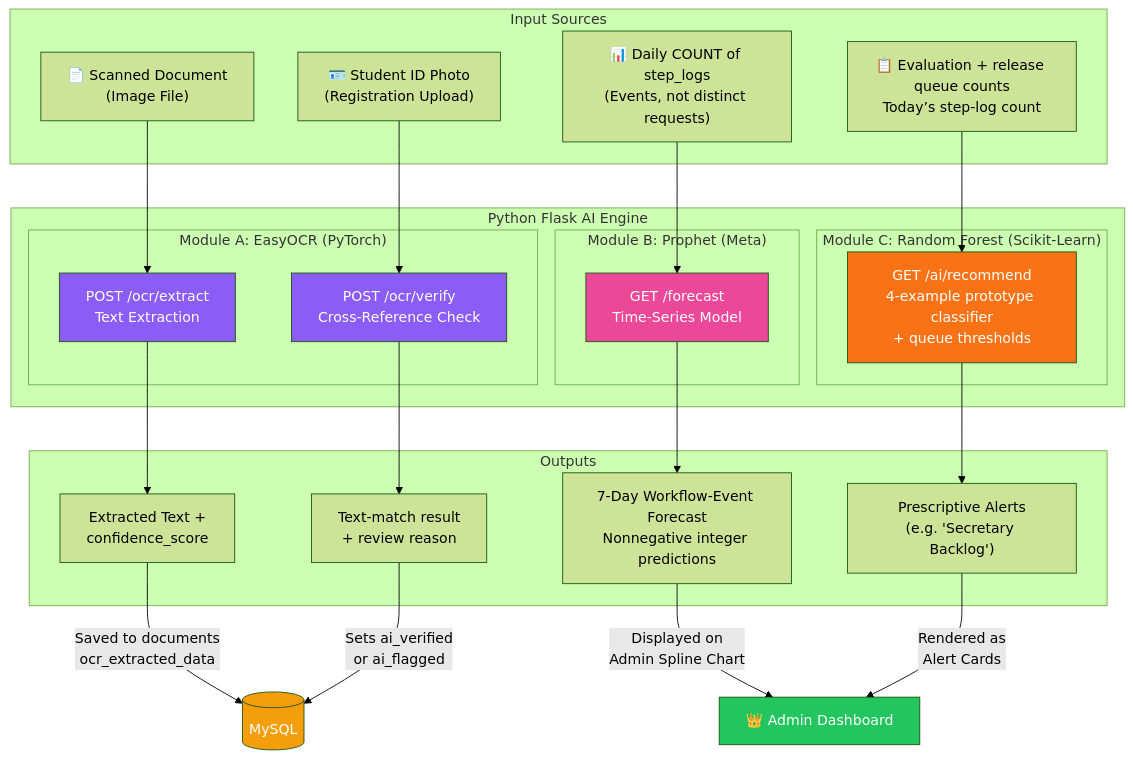
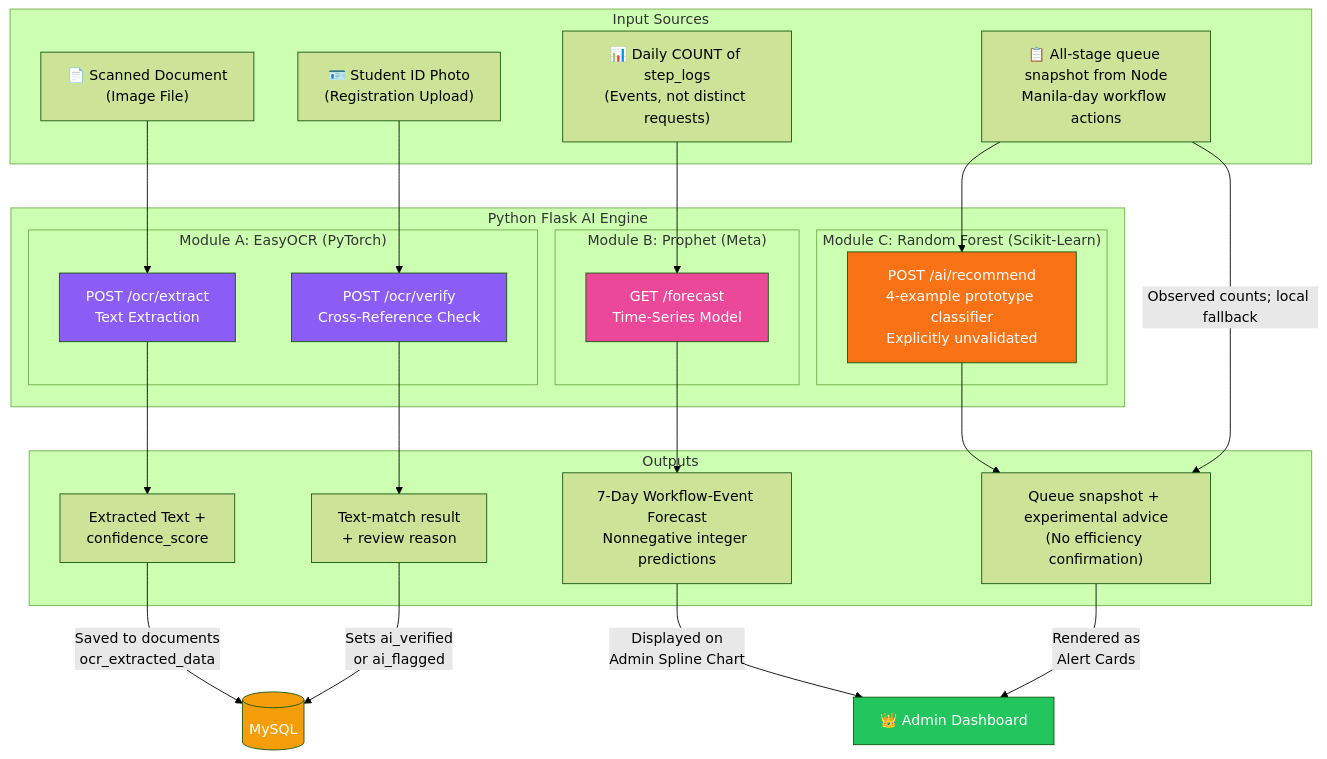
Before and after one commit to mafuyyuuu/Project-TRACE: the third of 5 diagrams in docs/CAPSTONE_DEFENSE_GUIDE.md, drawn with Mermaid (forest theme). The commit also changed other lines of this file and 28 other files, not shown here.

First line of the commit message:
fix: ground admin insights in all queues and wrap audit tables

````diff
--- a/docs/CAPSTONE_DEFENSE_GUIDE.md
+++ b/docs/CAPSTONE_DEFENSE_GUIDE.md
@@ -146,46 +146,47 @@
 ```mermaid
 flowchart TB
     subgraph "Input Sources"
         SCAN["📄 Scanned Document<br/>(Image File)"]
         IDPHOTO["🪪 Student ID Photo<br/>(Registration Upload)"]
         STEPLOGS["📊 Daily COUNT of step_logs<br/>(Events, not distinct requests)"]
-        QUEUES["📋 Evaluation + release queue counts<br/>Today’s step-log count"]
+        QUEUES["📋 All-stage queue snapshot from Node<br/>Manila-day workflow actions"]
     end
 
     subgraph "Python Flask AI Engine"
         subgraph "Module A: EasyOCR (PyTorch)"
             OCR_EXTRACT["POST /ocr/extract<br/>Text Extraction"]
             OCR_VERIFY["POST /ocr/verify<br/>Cross-Reference Check"]
         end
         subgraph "Module B: Prophet (Meta)"
             PROPHET["GET /forecast<br/>Time-Series Model"]
         end
         subgraph "Module C: Random Forest (Scikit-Learn)"
-            RF["GET /ai/recommend<br/>4-example prototype classifier<br/>+ queue thresholds"]
+            RF["POST /ai/recommend<br/>4-example prototype classifier<br/>Explicitly unvalidated"]
         end
     end
 
     subgraph "Outputs"
         EXTRACTED["Extracted Text +<br/>confidence_score"]
         VERIFIED["Text-match result<br/>+ review reason"]
         FORECAST_OUT["7-Day Workflow-Event Forecast<br/>Nonnegative integer predictions"]
-        ALERTS["Prescriptive Alerts<br/>(e.g. 'Secretary Backlog')"]
+        ALERTS["Queue snapshot + experimental advice<br/>(No efficiency confirmation)"]
     end
 
     SCAN --> OCR_EXTRACT --> EXTRACTED
     IDPHOTO --> OCR_VERIFY --> VERIFIED
     STEPLOGS --> PROPHET --> FORECAST_OUT
     QUEUES --> RF --> ALERTS
+    QUEUES -->|"Observed counts; local fallback"| ALERTS
 
     EXTRACTED -->|"Saved to documents<br/>ocr_extracted_data"| DB[("MySQL")]
     VERIFIED -->|"Sets ai_verified<br/>or ai_flagged"| DB
     FORECAST_OUT -->|"Displayed on<br/>Admin Spline Chart"| ADMIN["👑 Admin Dashboard"]
     ALERTS -->|"Rendered as<br/>Alert Cards"| ADMIN
 
     style OCR_EXTRACT fill:#8b5cf6,color:#fff
     style OCR_VERIFY fill:#8b5cf6,color:#fff
     style PROPHET fill:#ec4899,color:#fff
     style RF fill:#f97316,color:#fff
     style DB fill:#f59e0b,color:#fff
     style ADMIN fill:#22c55e,color:#fff
 ```
````
